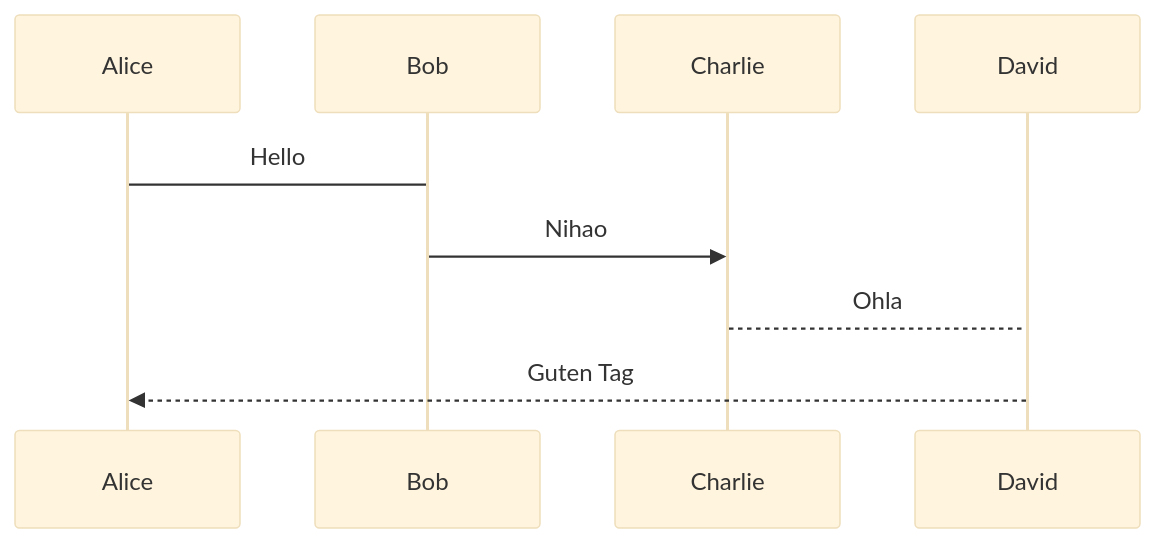
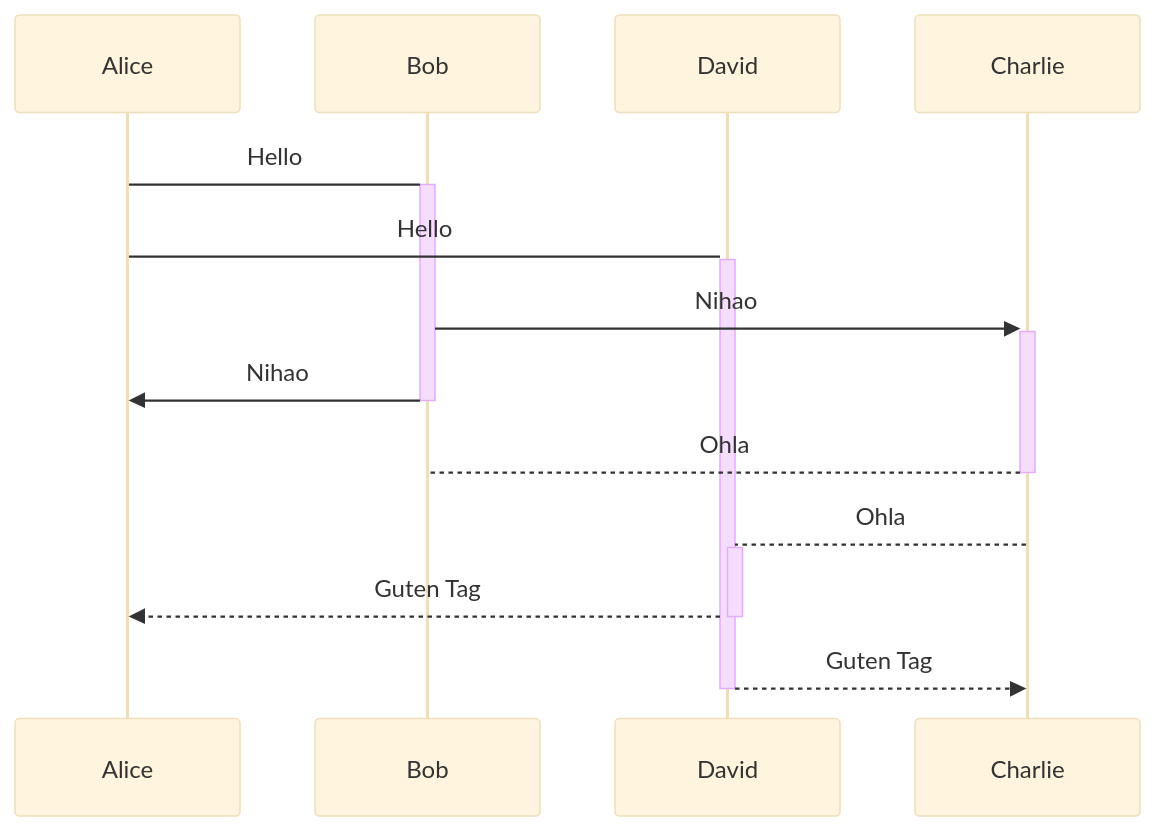
One commit to NaoYLee/Learning changed the third of 4 diagrams in mermaid效果练习.md. Above: the diagram before and after it, drawn with Mermaid (base theme). The commit also changed 3 other files, not shown here.

````diff
--- a/mermaid效果练习.md
+++ b/mermaid效果练习.md
@@ -38,7 +38,11 @@
 ```mermaid
 sequenceDiagram
-    Alice->Bob: Hello
-    Bob->>Charlie: Nihao
-    Charlie-->David: Ohla
-    David-->>Alice: Guten Tag
+    Alice ->+ Bob: Hello
+    Alice ->+ David: Hello
+    Bob ->>+ Charlie: Nihao
+    Bob ->>- Alice:Nihao
+    Charlie -->- Bob: Ohla
+    Charlie -->+ David: Ohla
+    David -->>- Alice: Guten Tag
+    David -->>- Charlie: Guten Tag
 ```
````
